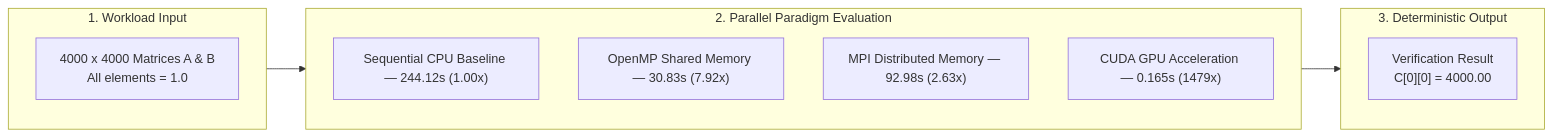
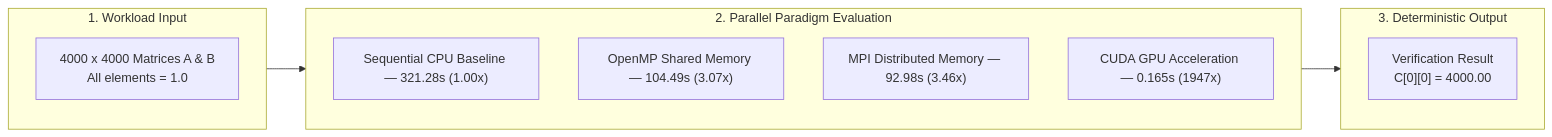
The first of 2 diagrams in README.md (manasa-vasare/PGC-lab1), drawn with Mermaid before and after one commit. The commit also changed other lines of this file and 4 other files, not shown here.

Commit message:
Update charts and documentation with new benchmark results

````diff
--- a/README.md
+++ b/README.md
@@ -30,20 +30,20 @@
 ```mermaid
 flowchart LR
     subgraph Input ["1. Workload Input"]
         IN["4000 x 4000 Matrices A & B<br/>All elements = 1.0"]
     end
 
     subgraph Models ["2. Parallel Paradigm Evaluation"]
         direction TB
-        M1["Sequential CPU Baseline — 244.12s (1.00x)"]
-        M2["OpenMP Shared Memory — 30.83s (7.92x)"]
-        M3["MPI Distributed Memory — 92.98s (2.63x)"]
-        M4["CUDA GPU Acceleration — 0.165s (1479x)"]
+        M1["Sequential CPU Baseline — 321.28s (1.00x)"]
+        M2["OpenMP Shared Memory — 104.49s (3.07x)"]
+        M3["MPI Distributed Memory — 92.98s (3.46x)"]
+        M4["CUDA GPU Acceleration — 0.165s (1947x)"]
     end
 
     subgraph Output ["3. Deterministic Output"]
         OUT["Verification Result<br/>C[0][0] = 4000.00"]
     end
 
     Input --> Models --> Output
 ```
````
